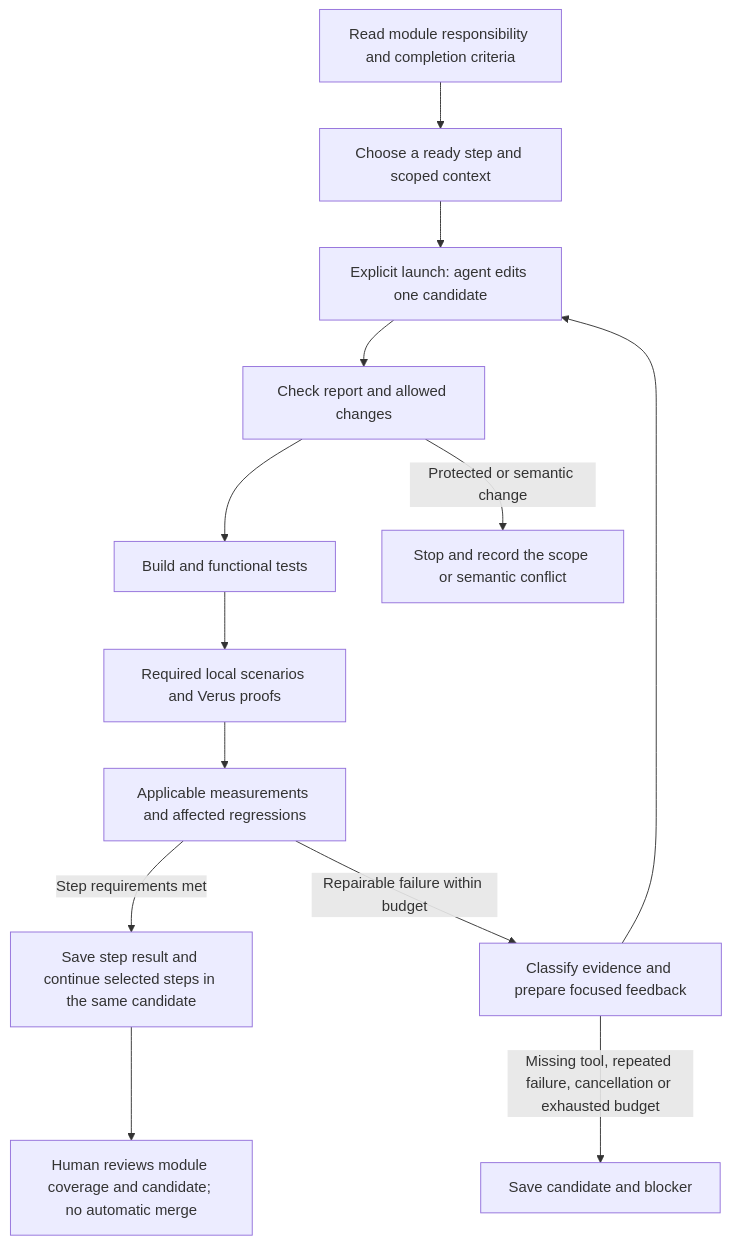
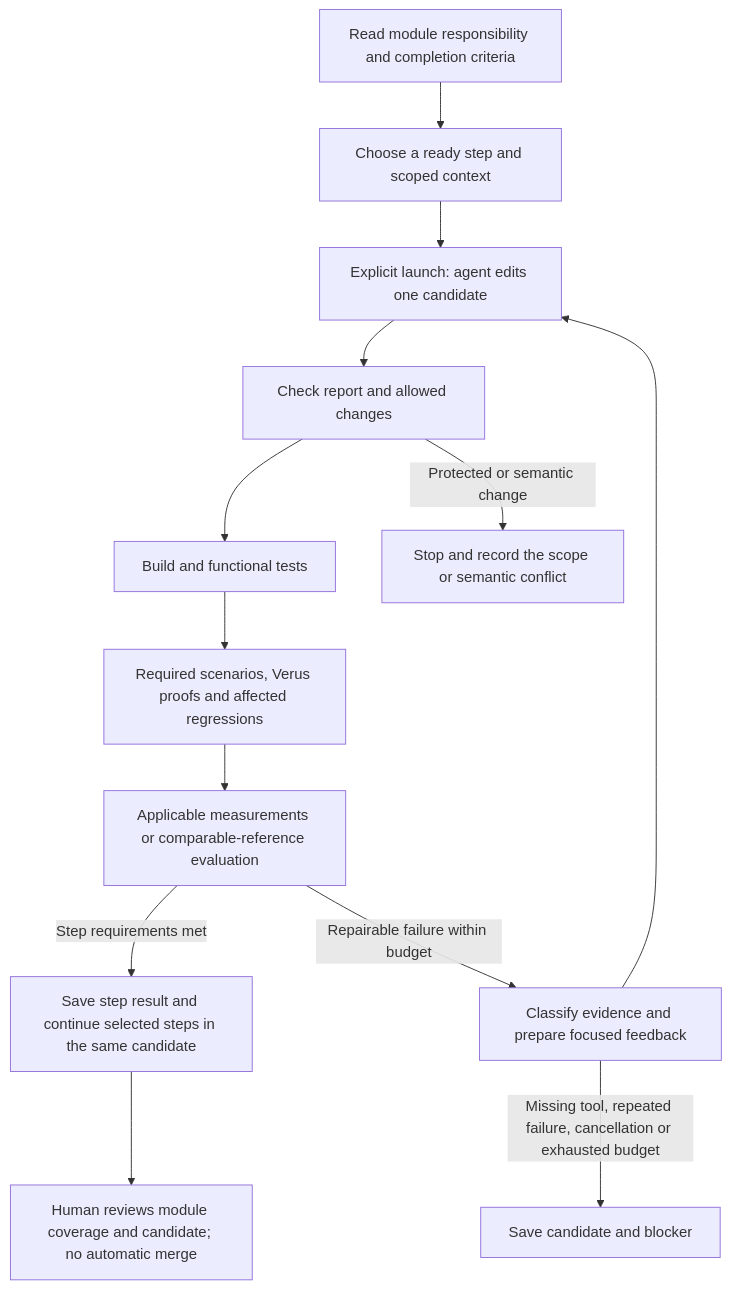
The diagram in docs/workflow.md (SuzumiyaHaruki/raft_verus), drawn with Mermaid before and after one commit. The commit also changed other lines of this file and 2394 other files, not shown here.

````diff
--- a/docs/workflow.md
+++ b/docs/workflow.md
@@ -30,15 +30,15 @@
 ```mermaid
 flowchart TD
     M[Read module responsibility and completion criteria] --> A[Choose a ready step and scoped context]
     A --> B[Explicit launch: agent edits one candidate]
     B --> C[Check report and allowed changes]
     C --> D[Build and functional tests]
-    D --> E[Required local scenarios and Verus proofs]
-    E --> F[Applicable measurements and affected regressions]
+    D --> E[Required scenarios, Verus proofs and affected regressions]
+    E --> F[Applicable measurements or comparable-reference evaluation]
     F -->|Step requirements met| G[Save step result and continue selected steps in the same candidate]
     F -->|Repairable failure within budget| H[Classify evidence and prepare focused feedback]
     H --> B
     C -->|Protected or semantic change| R[Stop and record the scope or semantic conflict]
     H -->|Missing tool, repeated failure, cancellation or exhausted budget| S[Save candidate and blocker]
     G --> I[Human reviews module coverage and candidate; no automatic merge]
 ```
````
